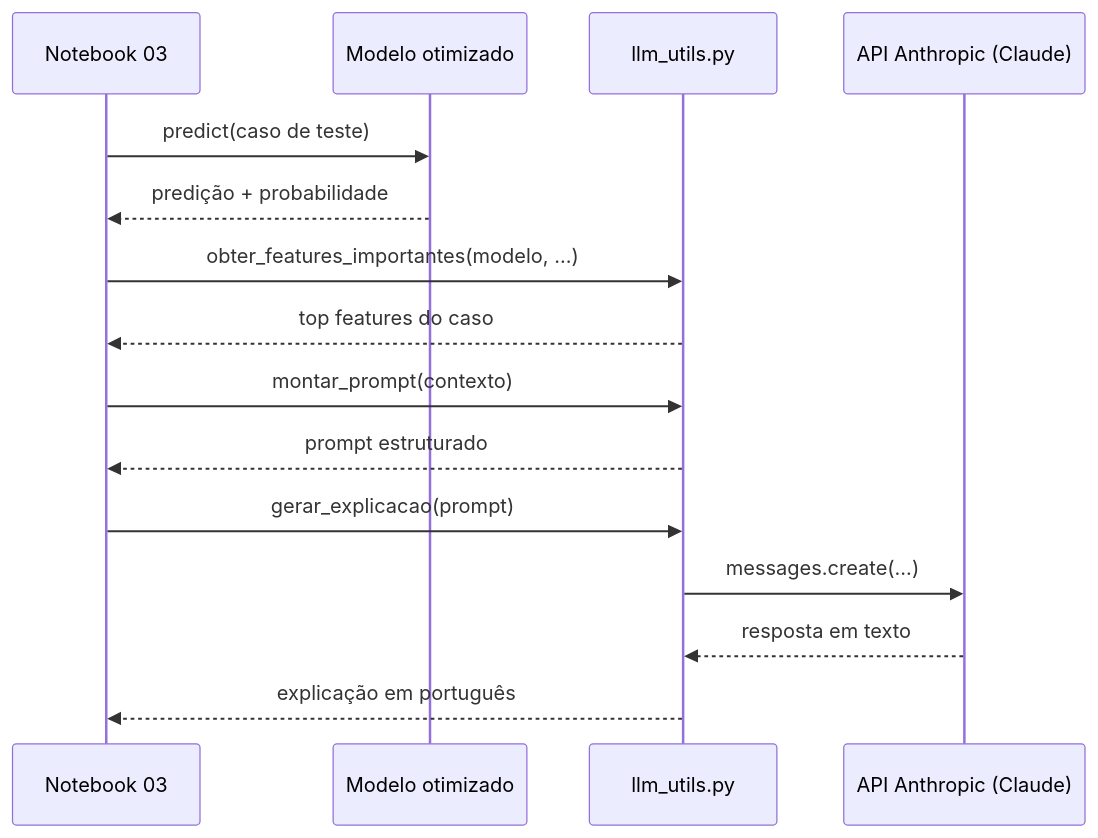
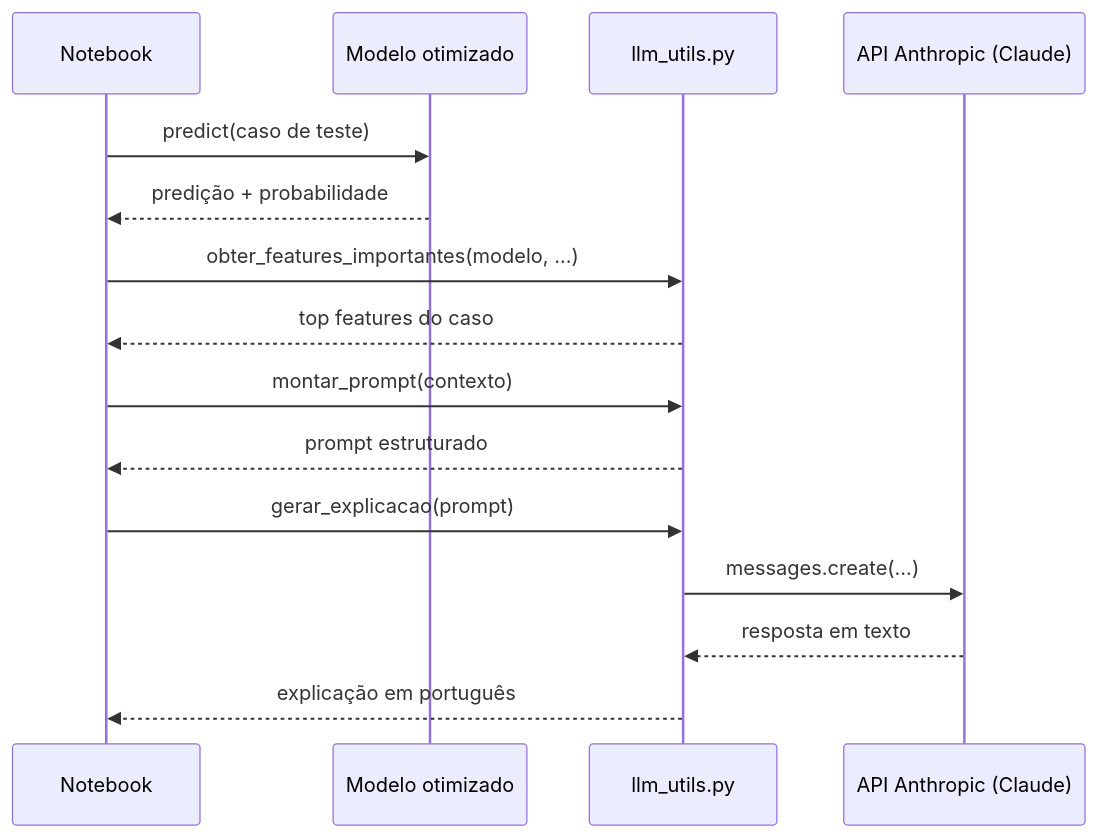
The third of 4 diagrams in docs/ARCHITECTURE.md (SamirGoes/tech-challenge-fiap-fase2), drawn with Mermaid before and after one commit. The commit also changed other lines of this file and 12 other files, not shown here.

````diff
--- a/docs/ARCHITECTURE.md
+++ b/docs/ARCHITECTURE.md
@@ -48,18 +50,18 @@
 ```mermaid
 sequenceDiagram
-    participant NB as Notebook 03
+    participant NB as Notebook
     participant M as Modelo otimizado
     participant U as llm_utils.py
     participant API as API Anthropic (Claude)
 
     NB->>M: predict(caso de teste)
     M-->>NB: predição + probabilidade
     NB->>U: obter_features_importantes(modelo, ...)
     U-->>NB: top features do caso
     NB->>U: montar_prompt(contexto)
     U-->>NB: prompt estruturado
     NB->>U: gerar_explicacao(prompt)
     U->>API: messages.create(...)
     API-->>U: resposta em texto
     U-->>NB: explicação em português
 ```
````
